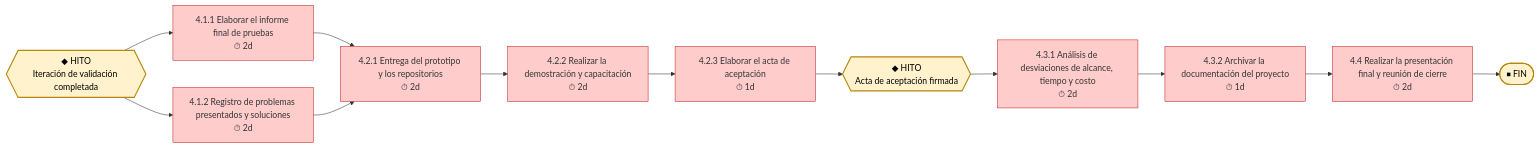
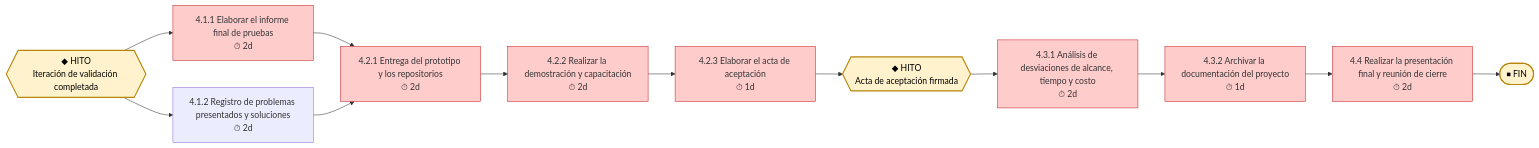
The fourth of 4 diagrams in docs/02-wbs-estimaciones/red-de-tareas.md (joaquinmachado11/plan-proyecto-gp-uner), drawn with Mermaid before and after one commit. The commit also changed other lines of this file and 1 other file, not shown here.

````diff
--- a/docs/02-wbs-estimaciones/red-de-tareas.md
+++ b/docs/02-wbs-estimaciones/red-de-tareas.md
@@ -270,48 +269,47 @@
 ```mermaid
 flowchart LR
     H4{{"◆ HITO\nIteración de validación completada"}}
 
     T411["4.1.1 Elaborar el informe final de pruebas\n⏱ 2d"]
     T412["4.1.2 Registro de problemas presentados y soluciones\n⏱ 2d"]
 
     T421["4.2.1 Entrega del prototipo y los repositorios\n⏱ 2d"]
     T422["4.2.2 Realizar la demostración y capacitación\n⏱ 2d"]
     T423["4.2.3 Elaborar el acta de aceptación\n⏱ 1d"]
 
     H5{{"◆ HITO\nActa de aceptación firmada"}}
 
     T431["4.3.1 Análisis de desviaciones de alcance, tiempo y costo\n⏱ 2d"]
     T432["4.3.2 Archivar la documentación del proyecto\n⏱ 1d"]
     T44["4.4 Realizar la presentación final y reunión de cierre\n⏱ 2d"]
 
     END(["⏹ FIN"])
 
     H4 --> T411
     H4 --> T412
 
     T411 --> T421
     T412 --> T421
 
     T421 --> T422
     T422 --> T423
 
     T423 --> H5
 
     H5 --> T431
     T431 --> T432
     T432 --> T44
 
     T44 --> END
 
     classDef hito fill:#FFF2CC,stroke:#B8860B,stroke-width:2px,color:#000000
     class H4,H5,END hito
 
     style T411 fill:#FFCCCC,stroke:#C62828
-    style T412 fill:#FFCCCC,stroke:#C62828
     style T421 fill:#FFCCCC,stroke:#C62828
     style T422 fill:#FFCCCC,stroke:#C62828
     style T423 fill:#FFCCCC,stroke:#C62828
     style T431 fill:#FFCCCC,stroke:#C62828
     style T432 fill:#FFCCCC,stroke:#C62828
     style T44 fill:#FFCCCC,stroke:#C62828
 ```
````
